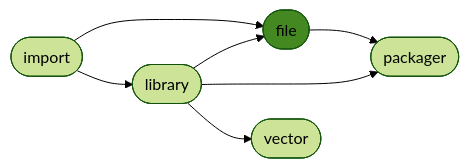
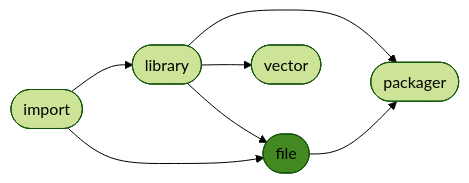
Before and after one commit to ManderaGeneral/generalfile: the diagram in README.md, drawn with Mermaid (forest theme). The commit also changed other lines of this file and 1 other file, not shown here.

````diff
--- a/README.md
+++ b/README.md
@@ -24,15 +24,15 @@
 ```mermaid
 flowchart LR
-0([import]) --> 2([file])
 1([library]) --> 2([file])
+1([library]) --> 3([vector])
 1([library]) --> 4([packager])
 0([import]) --> 1([library])
 2([file]) --> 4([packager])
-1([library]) --> 3([vector])
+0([import]) --> 2([file])
 click 0 "https://github.com/ManderaGeneral/generalimport"
 click 1 "https://github.com/ManderaGeneral/generallibrary"
 click 2 "https://github.com/ManderaGeneral/generalfile"
 click 3 "https://github.com/ManderaGeneral/generalvector"
 click 4 "https://github.com/ManderaGeneral/generalpackager"
 style 2 fill:#482
 ```
````
